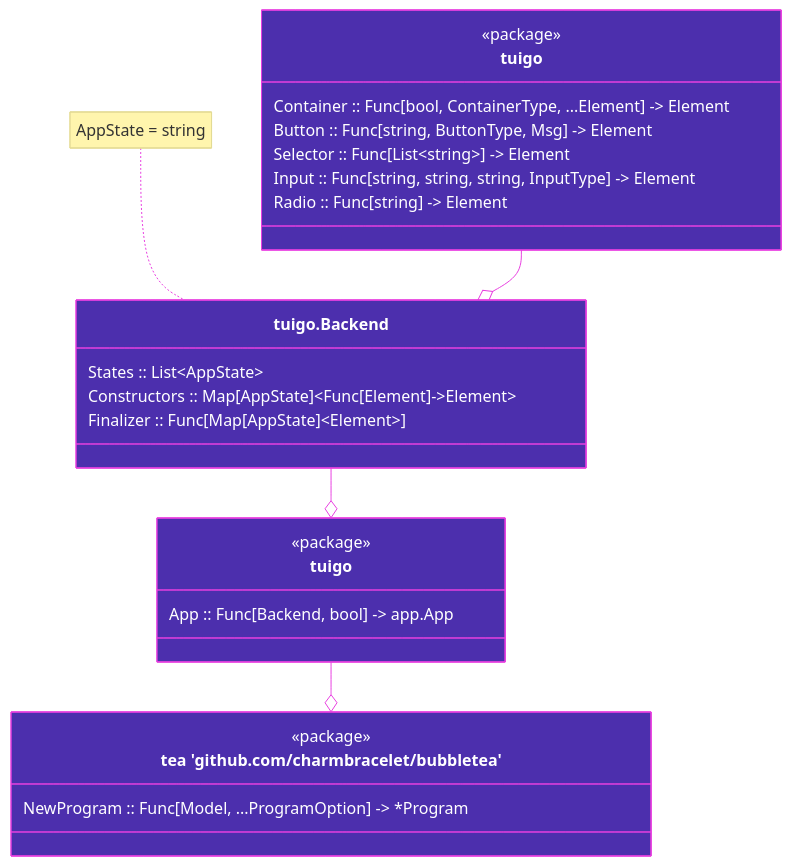
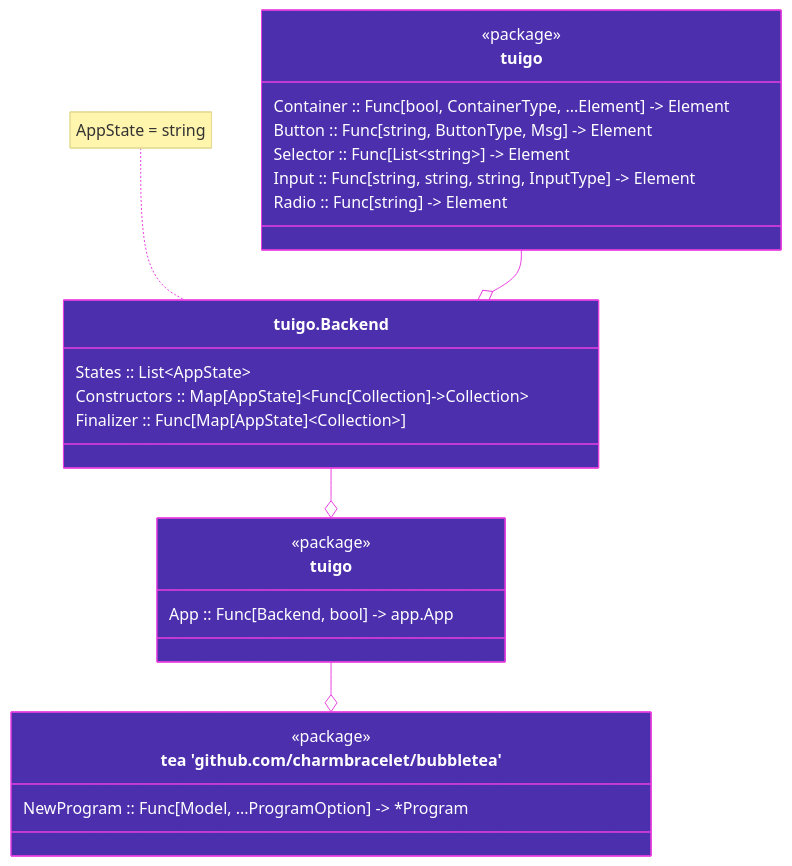
One commit to haykh/tuigo changed the diagram in README.md. Above: the diagram before and after it, drawn with Mermaid. The commit also changed 3 other files, not shown here.

````diff
--- a/README.md
+++ b/README.md
@@ -13,45 +13,45 @@
 ```mermaid
 %%{
   init: {
     'theme': 'base',
     'themeVariables': {
         'fontFamily': 'JetBrainsMono Nerd Font, BlexMono Nerd Font, Roboto Mono, Source Code Pro, monospace',
         'primaryColor': '#4C2FAD',
         'primaryTextColor': '#FFFFFF',
         'lineColor': '#E840E0',
         'primaryBorderColor': '#E840E0'
       }
     }
 }%%
 
 classDiagram
   class tuigo {
     <<package>>
     Container :: Func[bool, ContainerType, ...Element] -> Element
     Button :: Func[string, ButtonType, Msg] -> Element
     Selector :: Func[List~string~] -> Element
     Input :: Func[string, string, string, InputType] -> Element
     Radio :: Func[string] -> Element
   }
 
   class Backend["tuigo.Backend"]{
     States :: List~AppState~
-    Constructors :: Map[AppState]~Func[Element]->Element~
-    Finalizer :: Func[Map[AppState]~Element~]
+    Constructors :: Map[AppState]~Func[Collection]->Collection~
+    Finalizer :: Func[Map[AppState]~Collection~]
   }
 
   class NewApp["tuigo"] {
     <<package>>
     App :: Func[Backend, bool] -> app.App
   }
   note for Backend "AppState = string"
 
   class tea["tea 'github.com/charmbracelet/bubbletea'"] {
     <<package>>
     NewProgram :: Func[Model, ...ProgramOption] -> *Program
   }
 
   tuigo --o Backend
   NewApp --o tea
   Backend --o NewApp
 ```
````
